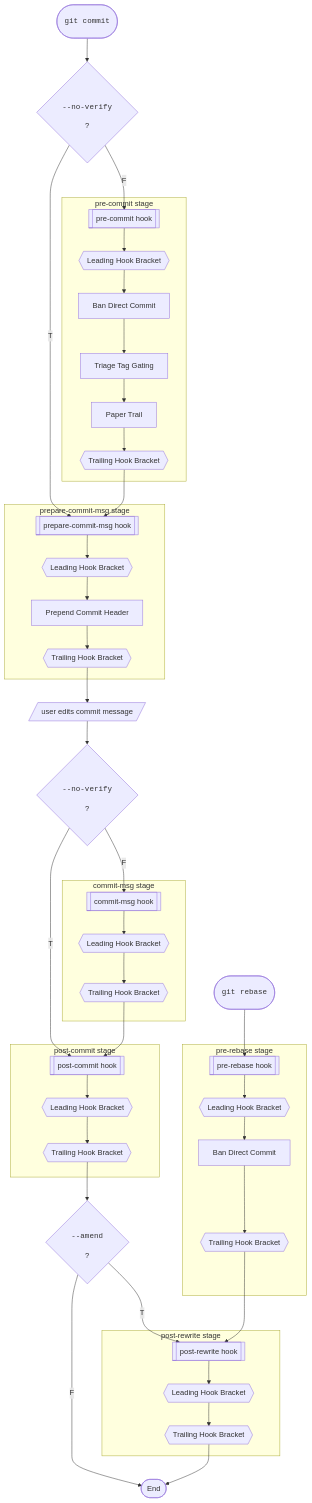
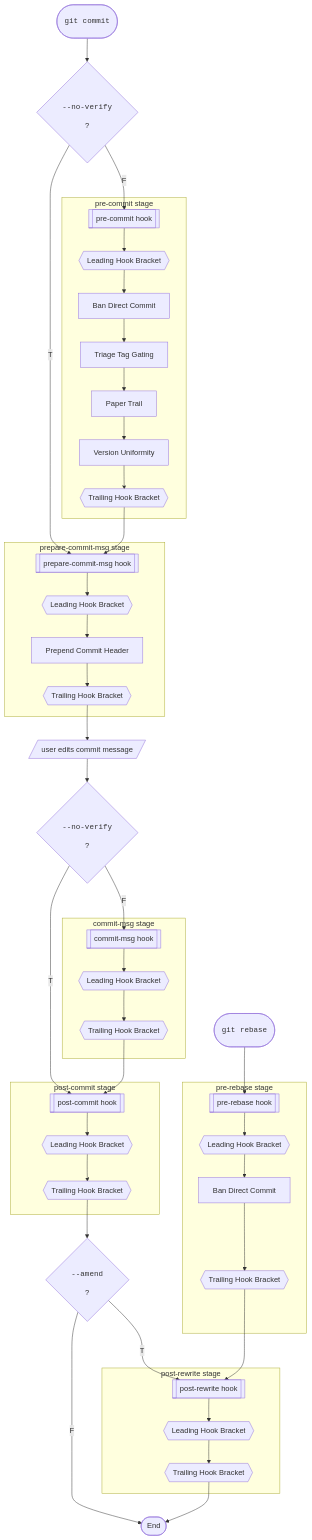
Before and after one commit to kami-lel/hupy: the first of 3 diagrams in docs/chain_doc.md, drawn with Mermaid. The commit also changed other lines of this file, not shown here.

First line of the commit message:
integrate Version Uniformity feature into chain doc with flow updates and cross-hook gating

````diff
--- a/docs/chain_doc.md
+++ b/docs/chain_doc.md
@@ -74,59 +74,60 @@
 ```mermaid
 flowchart TD
     A([<pre><code>git commit</code></pre>])
     R([<pre><code>git rebase</code></pre>])
 
     A --> B{<pre><code>--no-verify</code></pre>?}
 
     subgraph precommit [pre-commit stage]
         C[[pre-commit hook]] --> C1{{Leading Hook Bracket}}
         C1 --> E1[Ban Direct Commit]
         E1 --> E2[Triage Tag Gating]
         E2 --> E3[Paper Trail]
-        E3 --> C2{{Trailing Hook Bracket}}
+        E3 --> E4[Version Uniformity]
+        E4 --> C2{{Trailing Hook Bracket}}
     end
     B -->|F| C
 
     subgraph preparemsg [prepare-commit-msg stage]
         F[[prepare-commit-msg hook]] --> F1{{Leading Hook Bracket}}
         F1 --> G[Prepend Commit Header]
         G --> F2{{Trailing Hook Bracket}}
     end
     B -->|T| F
     C2 --> F
 
     F2 --> EditStep[/user edits commit message/]
     EditStep --> H{<pre><code>--no-verify</code></pre>?}
 
     subgraph commitmsg [commit-msg stage]
         I[[commit-msg hook]] --> I1{{Leading Hook Bracket}}
         I1 --> I2{{Trailing Hook Bracket}}
     end
     H -->|F| I
 
     subgraph postcommit [post-commit stage]
         L[[post-commit hook]] --> L1{{Leading Hook Bracket}}
         L1 --> L2{{Trailing Hook Bracket}}
     end
     H -->|T| L
     I2 --> L
 
     L2 --> N{<pre><code>--amend</code></pre>?}
 
     subgraph prerebase [pre-rebase stage]
         prb[[pre-rebase hook]] --> lead0{{Leading Hook Bracket}}
         lead0 --> bdc0[Ban Direct Commit]
         bdc0 --> trail0{{Trailing Hook Bracket}}
     end
     R --> prb
 
     subgraph postrewrite [post-rewrite stage]
         O[[post-rewrite hook]] --> O1{{Leading Hook Bracket}}
         O1 --> O2{{Trailing Hook Bracket}}
     end
     N -->|T| O
     trail0 --> O
 
     N -->|F| P([End])
     O2 --> P
 ```
````
